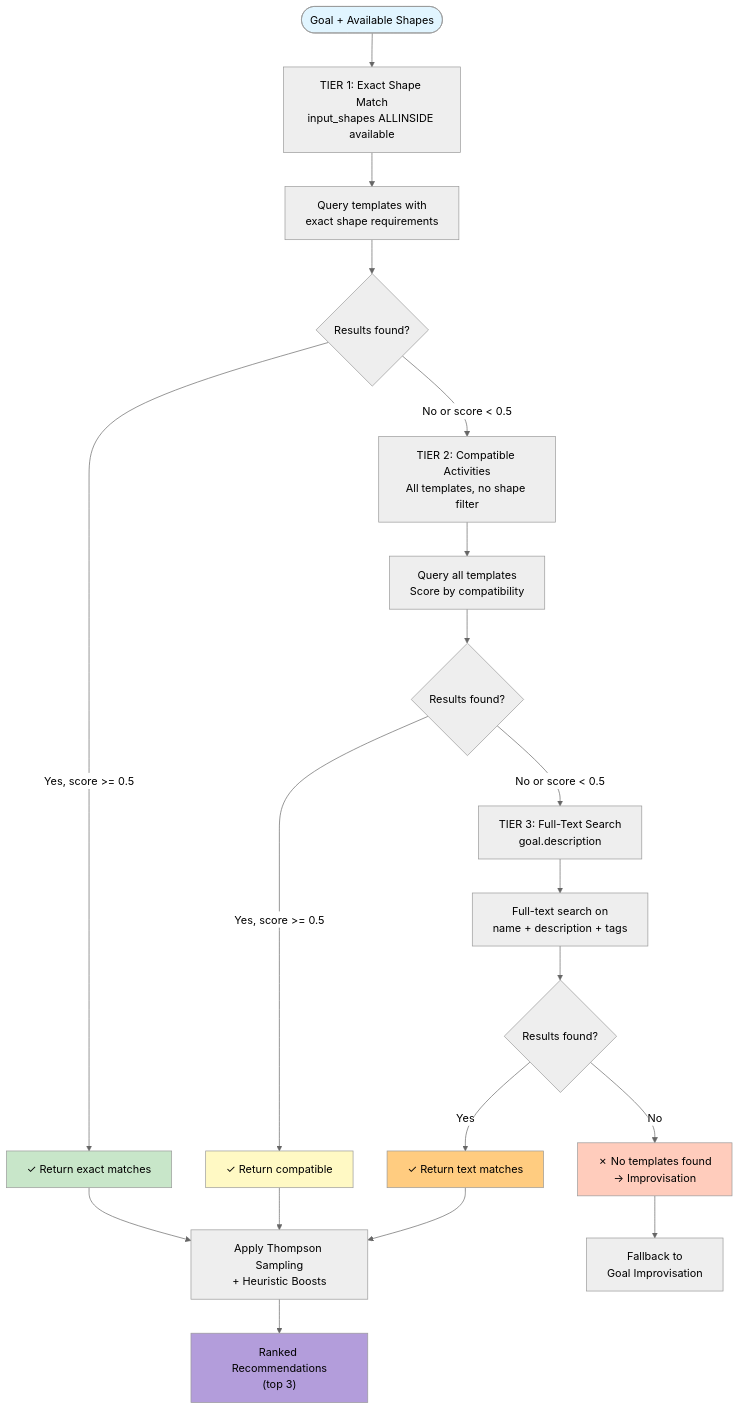
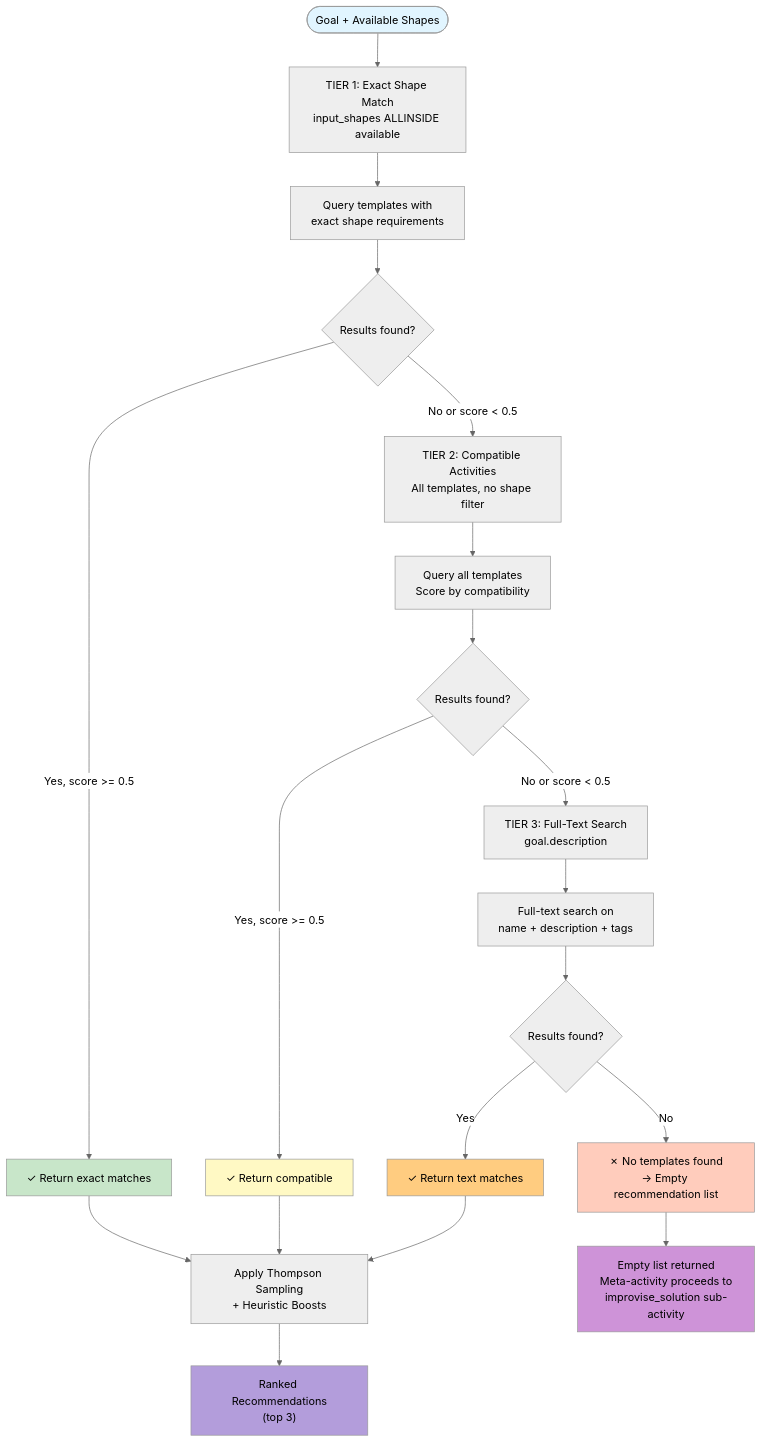
One commit to AviGopal/substrate changed the fifth of 5 diagrams in docs/architecture/sequences/01-activity-selection.md. Above: the diagram before and after it, drawn with Mermaid (neutral theme). The commit also changed other lines of this file and 3 other files, not shown here.

First line of the commit message:
docs(architecture): update sequence diagrams for composition-based architecture

````diff
--- a/docs/architecture/sequences/01-activity-selection.md
+++ b/docs/architecture/sequences/01-activity-selection.md
@@ -253,37 +353,38 @@
 ```mermaid
 graph TD
     Start([Goal + Available Shapes]) --> Tier1["TIER 1: Exact Shape Match<br/>input_shapes ALLINSIDE available"]
 
     Tier1 --> T1Query["Query templates with<br/>exact shape requirements"]
     T1Query --> T1Results{Results found?}
 
     T1Results -->|Yes, score >= 0.5| T1Success["✓ Return exact matches"]
     T1Results -->|No or score < 0.5| Tier2["TIER 2: Compatible Activities<br/>All templates, no shape filter"]
 
     Tier2 --> T2Query["Query all templates<br/>Score by compatibility"]
     T2Query --> T2Results{Results found?}
 
     T2Results -->|Yes, score >= 0.5| T2Success["✓ Return compatible"]
     T2Results -->|No or score < 0.5| Tier3["TIER 3: Full-Text Search<br/>goal.description"]
 
     Tier3 --> T3Query["Full-text search on<br/>name + description + tags"]
     T3Query --> T3Results{Results found?}
 
     T3Results -->|Yes| T3Success["✓ Return text matches"]
-    T3Results -->|No| NoMatch["✗ No templates found<br/>→ Improvisation"]
+    T3Results -->|No| NoMatch["✗ No templates found<br/>→ Empty recommendation list"]
 
     T1Success --> ThompsonSampling["Apply Thompson Sampling<br/>+ Heuristic Boosts"]
     T2Success --> ThompsonSampling
     T3Success --> ThompsonSampling
 
     ThompsonSampling --> Ranked["Ranked Recommendations<br/>(top 3)"]
 
-    NoMatch --> Improvise["Fallback to<br/>Goal Improvisation"]
+    NoMatch --> EmptyList["Empty list returned<br/>Meta-activity proceeds to<br/>improvise_solution sub-activity"]
 
     style Start fill:#e1f5ff
     style T1Success fill:#c8e6c9
     style T2Success fill:#fff9c4
     style T3Success fill:#ffcc80
     style NoMatch fill:#ffccbc
     style Ranked fill:#b39ddb
+    style EmptyList fill:#ce93d8
 ```
````
